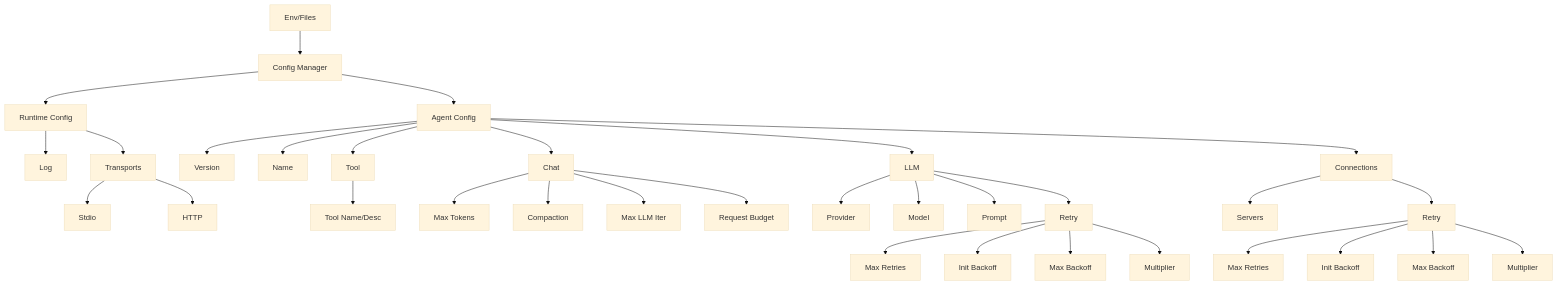
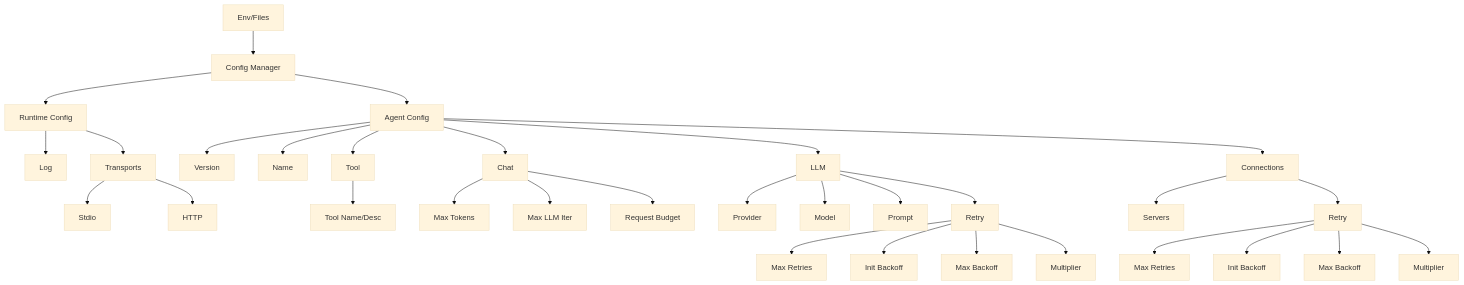
Before and after one commit to korchasa/speelka-agent: the third of 3 diagrams in documents/architecture.md, drawn with Mermaid (base theme). The commit also changed other lines of this file and 24 other files, not shown here.

````diff
--- a/documents/architecture.md
+++ b/documents/architecture.md
@@ -108,35 +106,34 @@
 ```mermaid
 graph TD
     A[Env/Files] --> B[Config Manager]
     B --> C[Agent Config]
     B --> D[Runtime Config]
     D --> E[Log]
     D --> T[Transports]
     T --> TS[Stdio]
     T --> TH[HTTP]
     C --> CV[Version]
     C --> N[Name]
     C --> I[Tool]
     C --> J[Chat]
     C --> K[LLM]
     C --> L[Connections]
     I --> M[Tool Name/Desc]
     J --> O[Max Tokens]
-    J --> P[Compaction]
     J --> Q[Max LLM Iter]
     J --> R[Request Budget]
     K --> KS[Provider]
     K --> KM[Model]
     K --> KP[Prompt]
     K --> KR[Retry]
     L --> LS[Servers]
     L --> LR[Retry]
     KR --> KRM[Max Retries]
     KR --> KRI[Init Backoff]
     KR --> KRMX[Max Backoff]
     KR --> KRBM[Multiplier]
     LR --> LRM[Max Retries]
     LR --> LRI[Init Backoff]
     LR --> LRMX[Max Backoff]
     LR --> LRBM[Multiplier]
 ```
````
